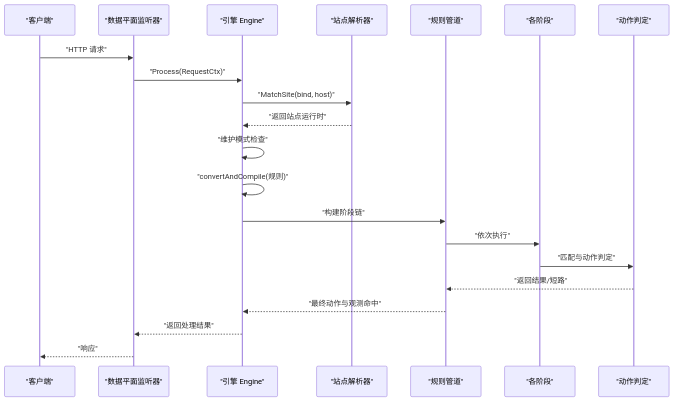
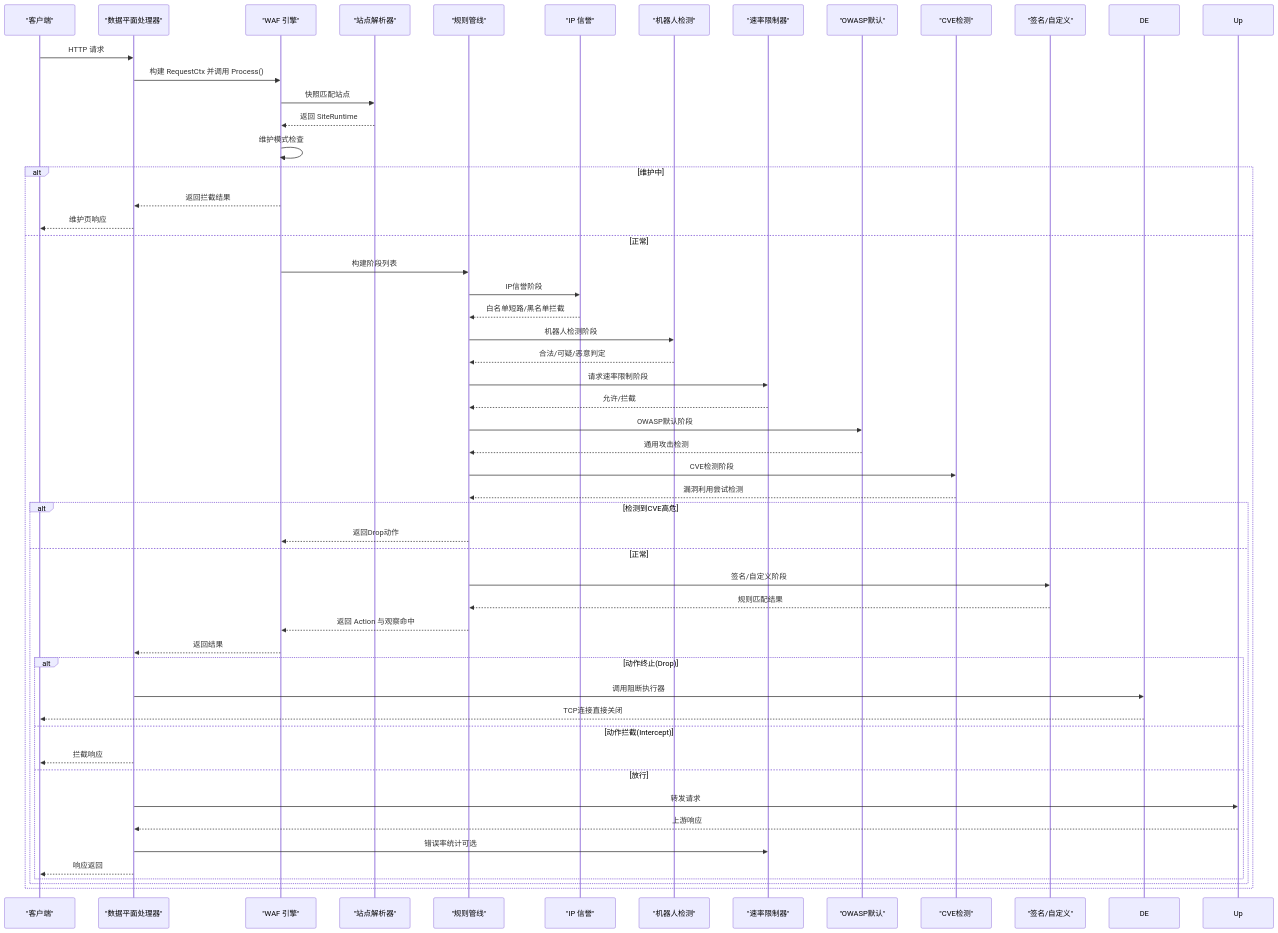
Before and after one commit to x01n/My-OpenWaf: the second of 12 diagrams in docs/WAF 引擎系统/WAF 引擎系统.md, drawn with Mermaid. The commit also changed other lines of this file and 199 other files, not shown here.

````diff
--- a/docs/WAF 引擎系统/WAF 引擎系统.md
+++ b/docs/WAF 引擎系统/WAF 引擎系统.md
@@ -144,23 +132,54 @@
 ```mermaid
 sequenceDiagram
 participant Client as "客户端"
-participant Server as "数据平面监听器"
-participant Engine as "引擎 Engine"
-participant Resolver as "站点解析器"
-participant Pipeline as "规则管道"
-participant Phases as "各阶段"
-participant Actions as "动作判定"
-Client->>Server : "HTTP 请求"
-Server->>Engine : "Process(RequestCtx)"
-Engine->>Resolver : "MatchSite(bind, host)"
-Resolver-->>Engine : "返回站点运行时"
-Engine->>Engine : "维护模式检查"
-Engine->>Engine : "convertAndCompile(规则)"
-Engine->>Pipeline : "构建阶段链"
-Pipeline->>Phases : "依次执行"
-Phases->>Actions : "匹配与动作判定"
-Actions-->>Pipeline : "返回结果/短路"
-Pipeline-->>Engine : "最终动作与观测命中"
-Engine-->>Server : "返回处理结果"
-Server-->>Client : "响应"
+participant DP as "数据平面处理器"
+participant Eng as "WAF 引擎"
+participant Res as "站点解析器"
+participant Pipe as "规则管线"
+participant IR as "IP 信誉"
+participant Bot as "机器人检测"
+participant RL as "速率限制器"
+participant OWASP as "OWASP默认"
+participant CVE as "CVE检测"
+participant Sig as "签名/自定义"
+Client->>DP : HTTP 请求
+DP->>Eng : 构建 RequestCtx 并调用 Process()
+Eng->>Res : 快照匹配站点
+Res-->>Eng : 返回 SiteRuntime
+Eng->>Eng : 维护模式检查
+alt 维护中
+Eng-->>DP : 返回拦截结果
+DP-->>Client : 维护页响应
+else 正常
+Eng->>Pipe : 构建阶段列表
+Pipe->>IR : IP信誉阶段
+IR-->>Pipe : 白名单短路/黑名单拦截
+Pipe->>Bot : 机器人检测阶段
+Bot-->>Pipe : 合法/可疑/恶意判定
+Pipe->>RL : 请求速率限制阶段
+RL-->>Pipe : 允许/拦截
+Pipe->>OWASP : OWASP默认阶段
+OWASP-->>Pipe : 通用攻击检测
+Pipe->>CVE : CVE检测阶段
+CVE-->>Pipe : 漏洞利用尝试检测
+alt 检测到CVE高危
+Pipe-->>Eng : 返回Drop动作
+else 正常
+Pipe->>Sig : 签名/自定义阶段
+Sig-->>Pipe : 规则匹配结果
+Pipe-->>Eng : 返回 Action 与观察命中
+Eng-->>DP : 返回结果
+alt 动作终止(Drop)
+DP->>DE : 调用阻断执行器
+DE-->>Client : TCP连接直接关闭
+else 动作拦截(Intercept)
+DP-->>Client : 拦截响应
+else 放行
+DP->>Up : 转发请求
+Up-->>DP : 上游响应
+DP->>RL : 错误率统计可选
+DP-->>Client : 响应返回
+end
+end
+end
 ```
````
